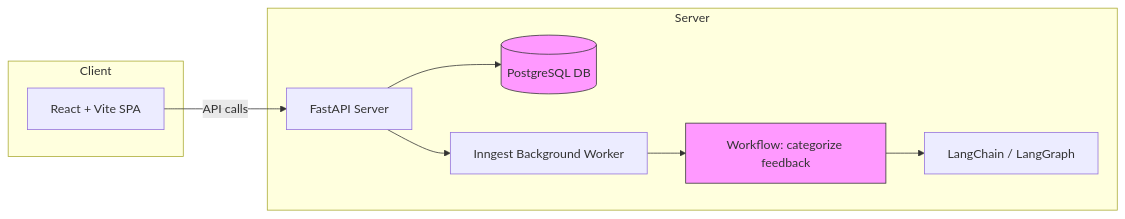
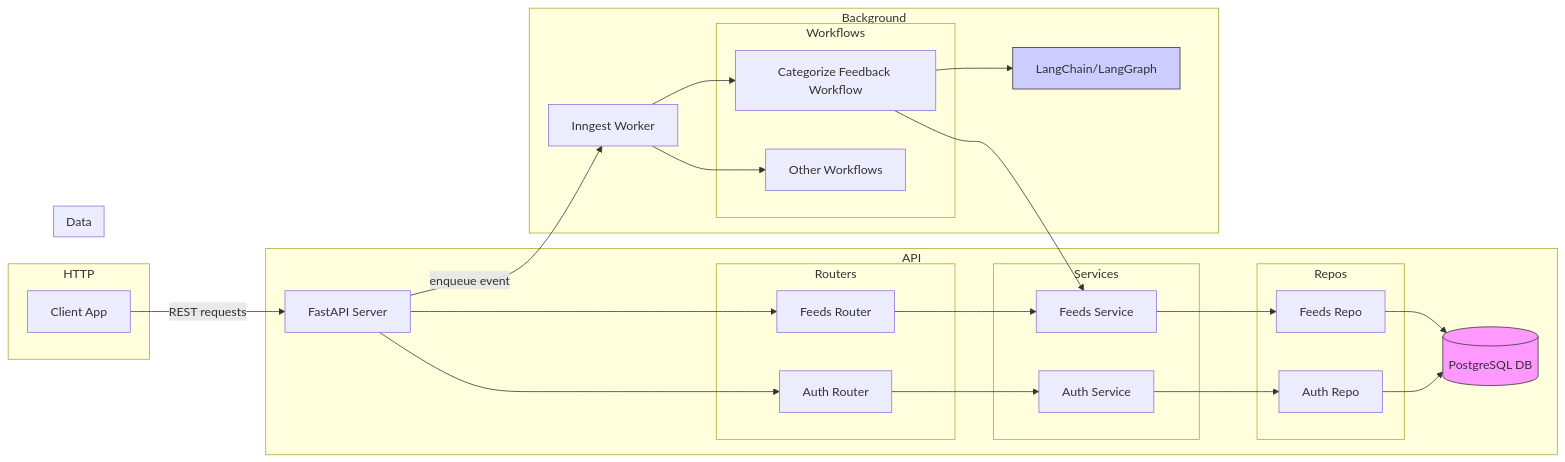
One commit to malempatiu/feedIQ changed the second of 2 diagrams in README.md. Above: the diagram before and after it, drawn with Mermaid. The commit also changed other lines of this file and 5 other files, not shown here.

````diff
--- a/README.md
+++ b/README.md
@@ -153,23 +105,50 @@
 ```mermaid
 flowchart LR
-    subgraph Client
-        A[React + Vite SPA]
+    subgraph HTTP
+        A[Client App]
     end
+    subgraph API
+        B[FastAPI Server]
+        subgraph Routers
+            B1[Feeds Router]
+            B2[Auth Router]
+        end
+        subgraph Services
+            S1[Feeds Service]
+            S2[Auth Service]
+        end
+        subgraph Repos
+            R1[Feeds Repo]
+            R2[Auth Repo]
+        end
+        B --> B1
+        B --> B2
+        B1 --> S1
+        B2 --> S2
+        S1 --> R1
+        S2 --> R2
+        R1 --> C
+        R2 --> C
+    end
+    subgraph Data
+        C[(PostgreSQL DB)]
+    end
+    subgraph Background
+        D[Inngest Worker]
+        subgraph Workflows
+            D1[Categorize Feedback Workflow]
+            D2[Other Workflows]
+        end
+        D --> D1
+        D --> D2
+        D1 --> F[LangChain/LangGraph]
+        D1 --> S1
+    end
+    A -->|REST requests| B
+    B -->|enqueue event| D
 
-    subgraph Server
-        B[FastAPI Server]
-        C[(PostgreSQL DB)]
-        D[Inngest Background Worker]
-        E[Workflow: categorize feedback]
-        F[LangChain / LangGraph]
-        B --> C
-        B --> D
-        D --> E
-        E --> F
-    end
-
-    A -->|API calls| B
-
-    classDef external fill:#f9f,stroke:#333,stroke-width:1px;
-    class C,E external
+    classDef storage fill:#f9f,stroke:#333,stroke-width:1px;
+    class C storage
+    classDef external fill:#ccf,stroke:#333,stroke-width:1px;
+    class F external
 ```
````
